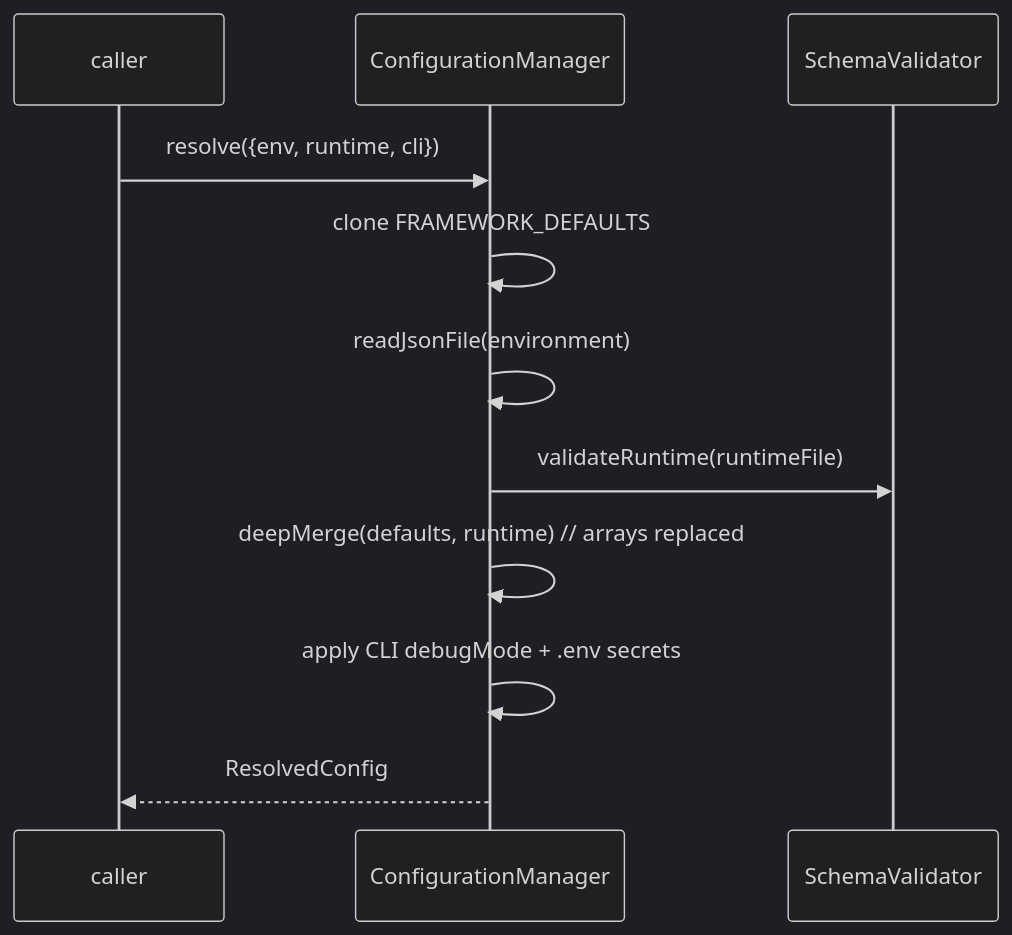
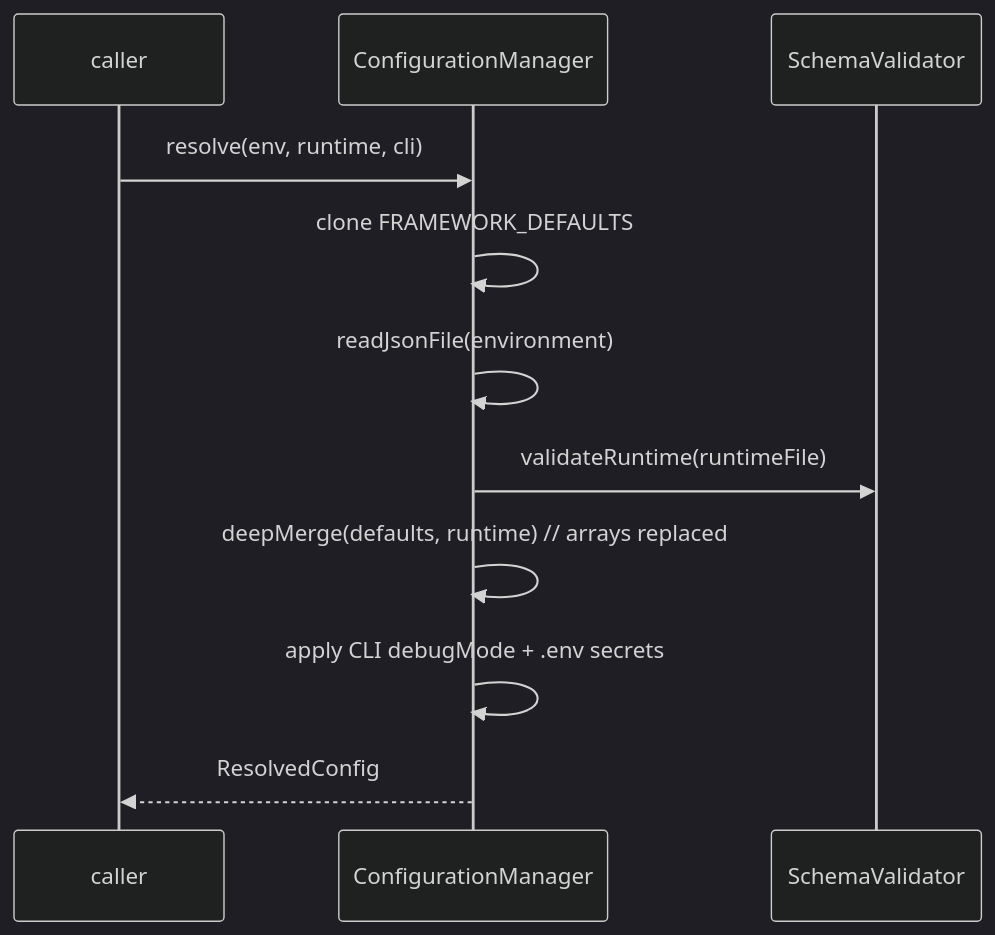
One commit to Mechavenger-adi/PerfFramework_k6 changed the second of 2 diagrams in engineering_docs/edd/EDD-config.md. Above: the diagram before and after it, drawn with Mermaid (dark theme). The commit also changed 4 other files, not shown here.

First line of the commit message:
docs(engineering): fix Mermaid sequence/state diagrams

````diff
--- a/engineering_docs/edd/EDD-config.md
+++ b/engineering_docs/edd/EDD-config.md
@@ -76,13 +76,13 @@
 ```mermaid
 sequenceDiagram
   participant C as caller
   participant CM as ConfigurationManager
   participant SV as SchemaValidator
-  C->>CM: resolve({env, runtime, cli})
+  C->>CM: resolve(env, runtime, cli)
   CM->>CM: clone FRAMEWORK_DEFAULTS
   CM->>CM: readJsonFile(environment)
   CM->>SV: validateRuntime(runtimeFile)
   CM->>CM: deepMerge(defaults, runtime)  // arrays replaced
   CM->>CM: apply CLI debugMode + .env secrets
   CM-->>C: ResolvedConfig
 ```
````
